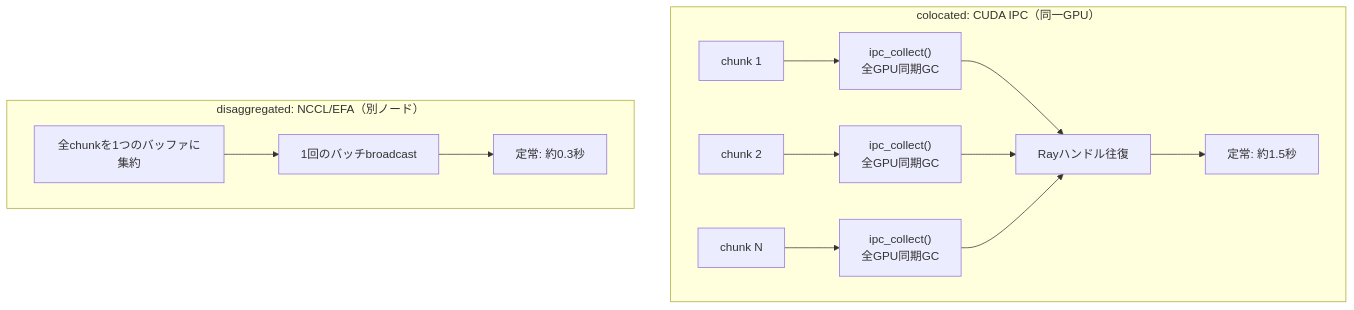
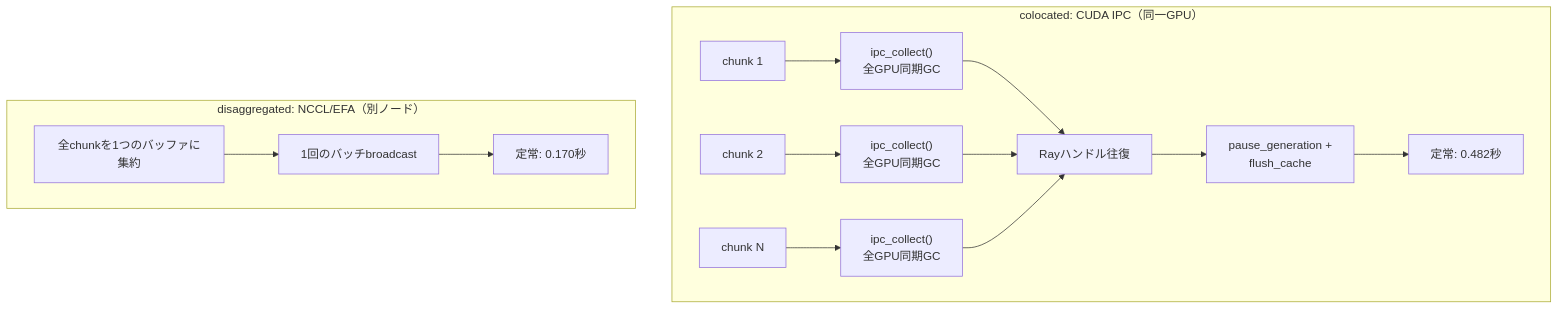
Before and after one commit to littlemex/zenn: the fourth of 14 diagrams in articles/beyond-network-rl-posttraining-constraints.md, drawn with Mermaid. The commit also changed other lines of this file, not shown here.

````diff
--- a/articles/beyond-network-rl-posttraining-constraints.md
+++ b/articles/beyond-network-rl-posttraining-constraints.md
@@ -156,14 +156,15 @@
 ```mermaid
 flowchart TB
     subgraph Colo["colocated: CUDA IPC（同一GPU）"]
         C1["chunk 1"] --> CG1["ipc_collect()<br/>全GPU同期GC"]
         C2["chunk 2"] --> CG2["ipc_collect()<br/>全GPU同期GC"]
         C3["chunk N"] --> CG3["ipc_collect()<br/>全GPU同期GC"]
         CG1 & CG2 & CG3 --> CR["Rayハンドル往復"]
-        CR --> CRes["定常: 約1.5秒"]
+        CR --> CF["pause_generation +<br/>flush_cache"]
+        CF --> CRes["定常: 0.482秒"]
     end
     subgraph Disagg["disaggregated: NCCL/EFA（別ノード）"]
         D1["全chunkを1つのバッファに集約"] --> D2["1回のバッチbroadcast"]
-        D2 --> DRes["定常: 約0.3秒"]
+        D2 --> DRes["定常: 0.170秒"]
     end
 ```
````
